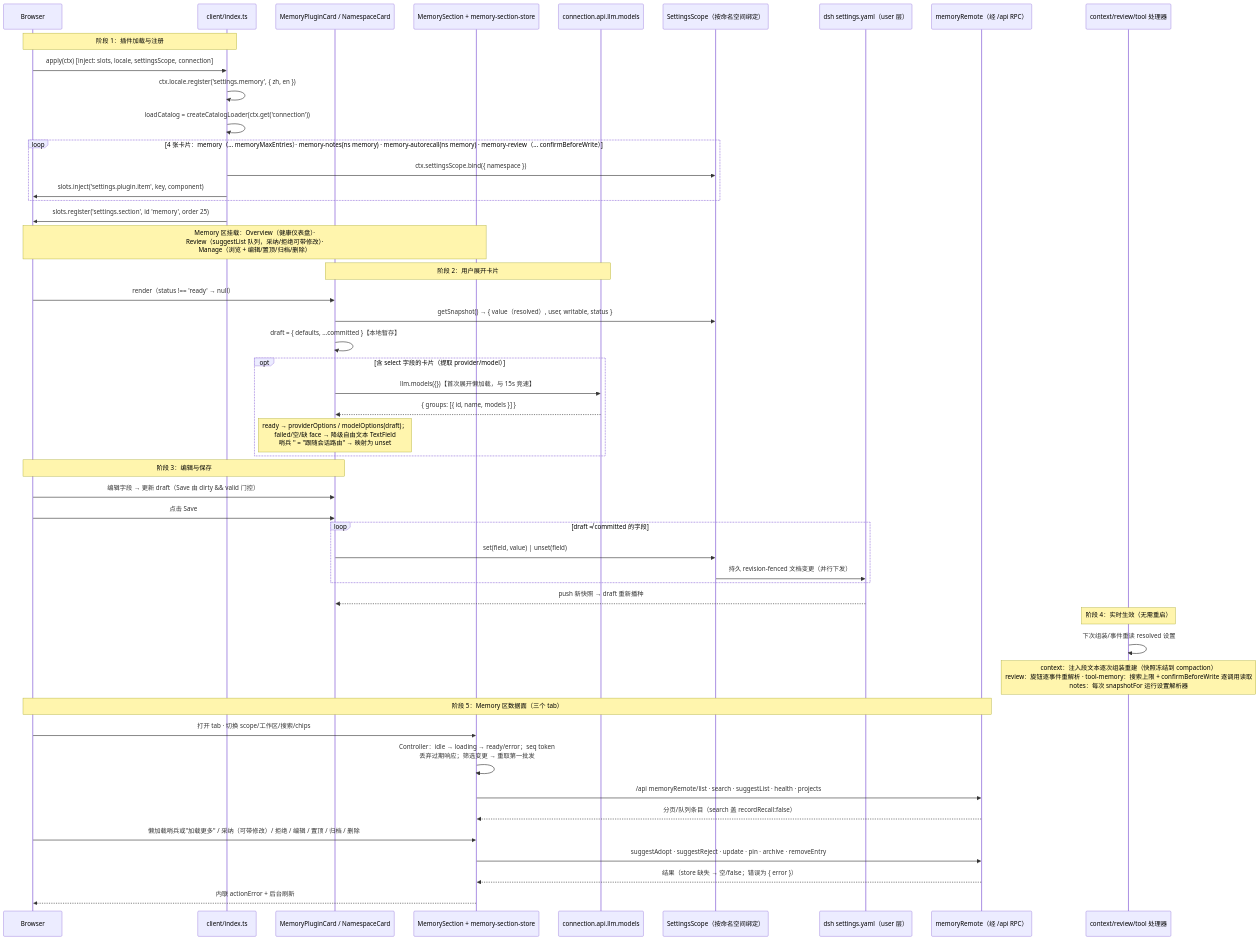
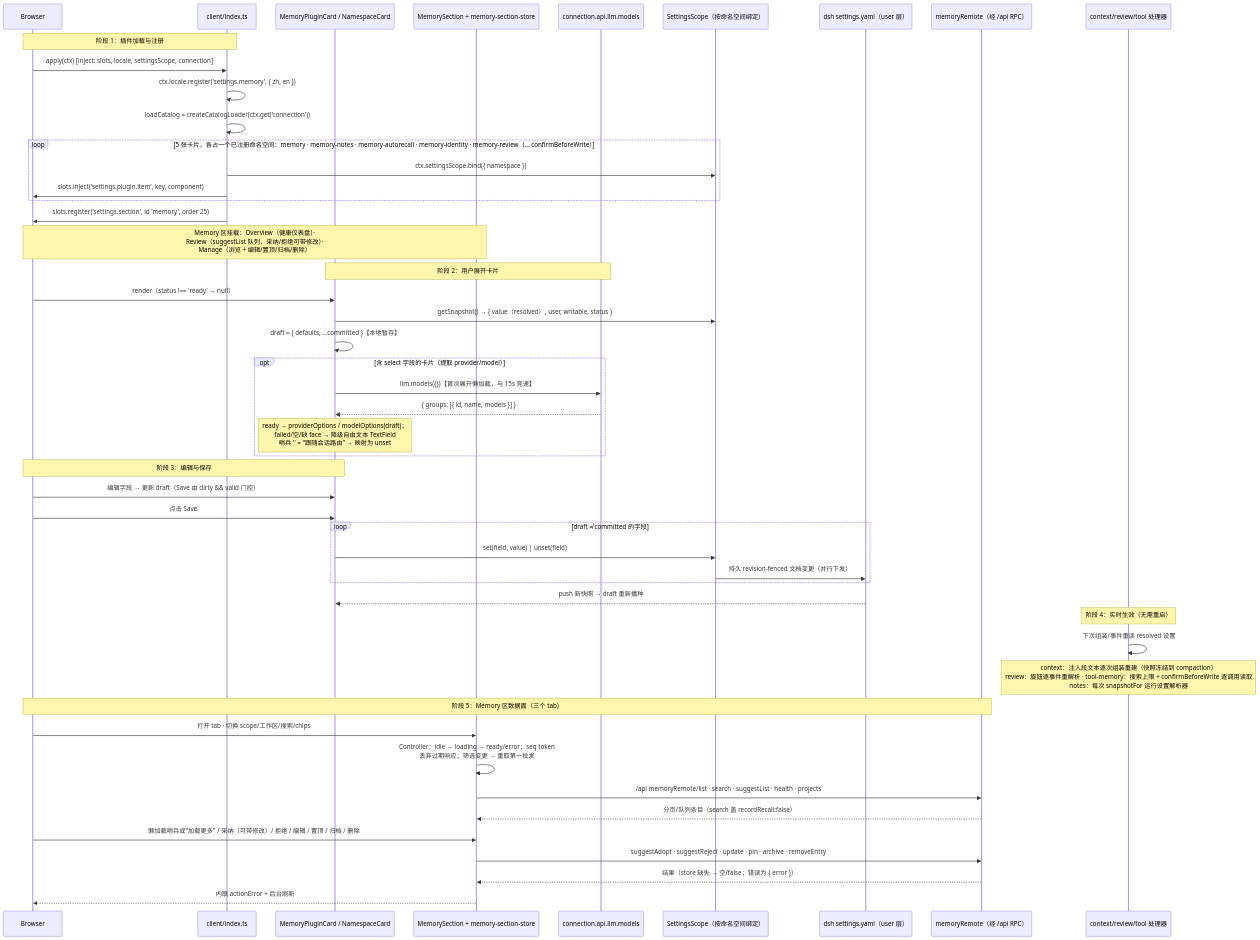
Before and after one commit to chenhw7/dsh-memory: diagram 13 of 14 in docs/SEQUENCE_DIAGRAMS.zh.md, drawn with Mermaid. The commit also changed other lines of this file and 33 other files, not shown here.

Commit message:
fix(client,context,remote): one served settings namespace per plugin card; identityRevert rides the unified write gate

````diff
--- a/docs/SEQUENCE_DIAGRAMS.zh.md
+++ b/docs/SEQUENCE_DIAGRAMS.zh.md
@@ -607,62 +607,62 @@
 ```mermaid
 sequenceDiagram
     participant Browser as Browser
     participant Client as client/index.ts
     participant Card as MemoryPluginCard / NamespaceCard
     participant Section as MemorySection + memory-section-store
     participant Catalog as connection.api.llm.models
     participant Scope as SettingsScope（按命名空间绑定）
     participant Host as dsh settings.yaml（user 层）
     participant Remote as memoryRemote（经 /api RPC）
     participant Runtime as context/review/tool 处理器
 
     Note over Browser,Client: 阶段 1：插件加载与注册
 
     Browser->>Client: apply(ctx) [inject: slots, locale, settingsScope, connection]
     Client->>Client: ctx.locale.register('settings.memory', { zh, en })
     Client->>Client: loadCatalog = createCatalogLoader(ctx.get('connection'))
-    loop 4 张卡片：memory（… memoryMaxEntries）· memory-notes(ns memory) · memory-autorecall(ns memory) · memory-review（… confirmBeforeWrite）
+    loop 5 张卡片，各占一个已注册命名空间：memory · memory-notes · memory-autorecall · memory-identity · memory-review（… confirmBeforeWrite）
         Client->>Scope: ctx.settingsScope.bind({ namespace })
         Client->>Browser: slots.inject('settings.plugin.item', key, component)
     end
     Client->>Browser: slots.register('settings.section', id 'memory', order 25)
     Note over Browser,Section: Memory 区挂载：Overview（健康仪表盘）·<br/>Review（suggestList 队列，采纳/拒绝可带修改）·<br/>Manage（浏览 + 编辑/置顶/归档/删除）
 
     Note over Card,Catalog: 阶段 2：用户展开卡片
 
     Browser->>Card: render（status !== 'ready' → null）
     Card->>Scope: getSnapshot() → { value（resolved）, user, writable, status }
     Card->>Card: draft = { defaults, ...committed }【本地暂存】
 
     opt 含 select 字段的卡片（提取 provider/model）
         Card->>Catalog: llm.models({})【首次展开懒加载，与 15s 竞速】
         Catalog-->>Card: { groups: [{ id, name, models }] }
         Note over Card: ready → providerOptions / modelOptions(draft)；<br/>failed/空/缺 face → 降级自由文本 TextField<br/>哨兵 '' = "跟随会话路由" → 映射为 unset
     end
 
     Note over Browser,Card: 阶段 3：编辑与保存
 
     Browser->>Card: 编辑字段 → 更新 draft（Save 由 dirty && valid 门控）
     Browser->>Card: 点击 Save
     loop draft ≠ committed 的字段
         Card->>Scope: set(field, value) | unset(field)
         Scope->>Host: 持久 revision-fenced 文档变更（并行下发）
     end
     Host-->>Card: push 新快照 → draft 重新播种
 
     Note over Runtime: 阶段 4：实时生效（无需重启）
 
     Runtime->>Runtime: 下次组装/事件重读 resolved 设置
     Note over Runtime: context：注入段文本逐次组装重建（快照冻结到 compaction）<br/>review：旋钮逐事件重解析 · tool-memory：搜索上限 + confirmBeforeWrite 逐调用读取<br/>notes：每次 snapshotFor 运行设置解析器
 
     Note over Browser,Remote: 阶段 5：Memory 区数据面（三个 tab）
 
     Browser->>Section: 打开 tab · 切换 scope/工作区/搜索/chips
     Section->>Section: Controller：idle → loading → ready/error；seq token<br/>丢弃过期响应；筛选变更 → 重取第一批发
     Section->>Remote: /api memoryRemote/list · search · suggestList · health · projects
     Remote-->>Section: 分页/队列条目（search 盖 recordRecall:false）
     Browser->>Section: 懒加载哨兵或"加载更多" / 采纳（可带修改）/ 拒绝 / 编辑 / 置顶 / 归档 / 删除
     Section->>Remote: suggestAdopt · suggestReject · update · pin · archive · removeEntry
     Remote-->>Section: 结果（store 缺失 → 空/false；错误为 { error }）
     Section-->>Browser: 内联 actionError + 后台刷新
 ```
````
